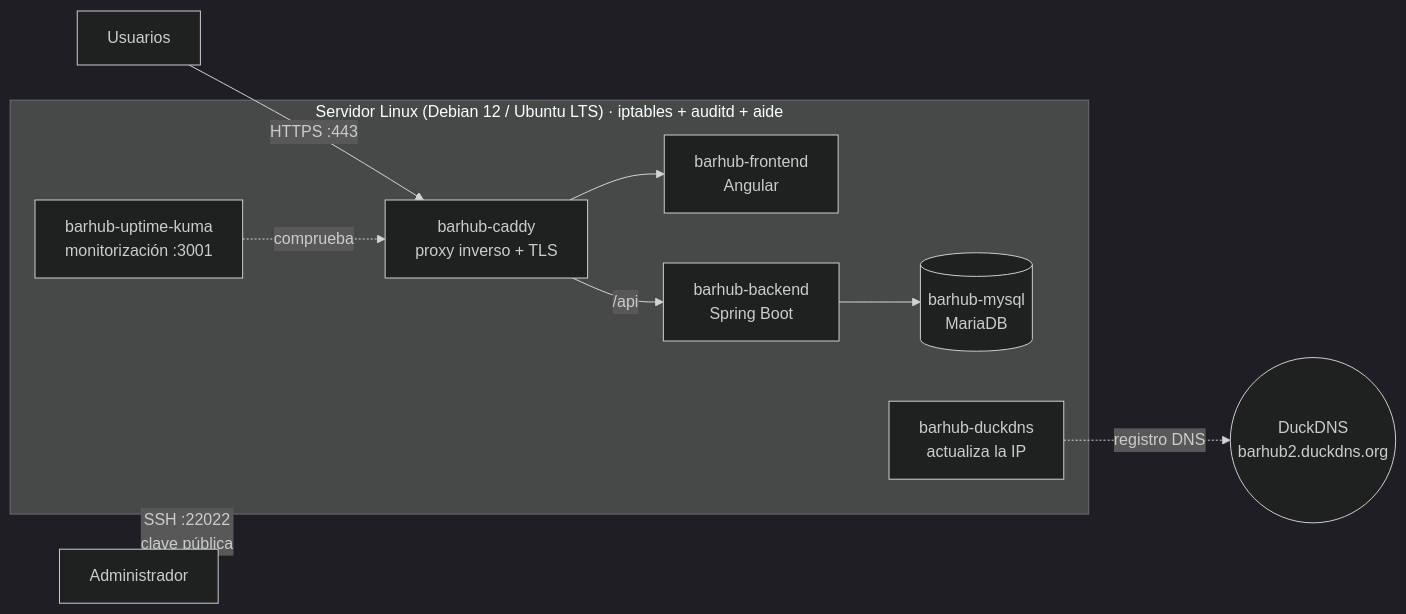
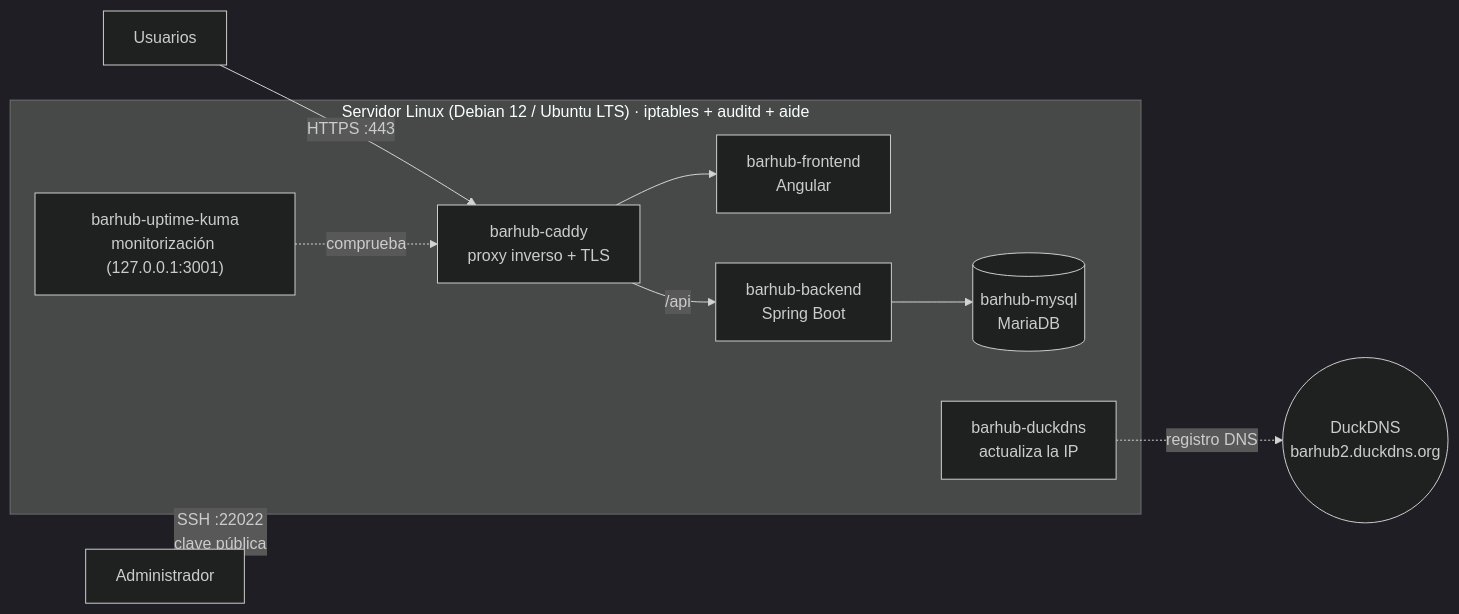
The first of 4 diagrams in docs/infraestructura.md (juanparejog/BarHub2.0), drawn with Mermaid (dark theme) before and after one commit. The commit also changed other lines of this file and 15 other files, not shown here.

````diff
--- a/docs/infraestructura.md
+++ b/docs/infraestructura.md
@@ -25,21 +25,21 @@
 ```mermaid
 flowchart LR
     ADM["Administrador"] -- "SSH :22022<br/>clave pública" --> HOST
     USR["Usuarios"] -- "HTTPS :443" --> CADDY
 
     subgraph HOST["Servidor Linux (Debian 12 / Ubuntu LTS) · iptables + auditd + aide"]
         CADDY["barhub-caddy<br/>proxy inverso + TLS"]
         FE["barhub-frontend<br/>Angular"]
         BE["barhub-backend<br/>Spring Boot"]
         DB[("barhub-mysql<br/>MariaDB")]
         DDNS["barhub-duckdns<br/>actualiza la IP"]
-        UK["barhub-uptime-kuma<br/>monitorización :3001"]
+        UK["barhub-uptime-kuma<br/>monitorización (127.0.0.1:3001)"]
 
         CADDY --> FE
         CADDY -- "/api" --> BE
         BE --> DB
     end
 
     DDNS -. "registro DNS" .-> DNS(("DuckDNS<br/>barhub2.duckdns.org"))
     UK -. "comprueba" .-> CADDY
 ```
````
